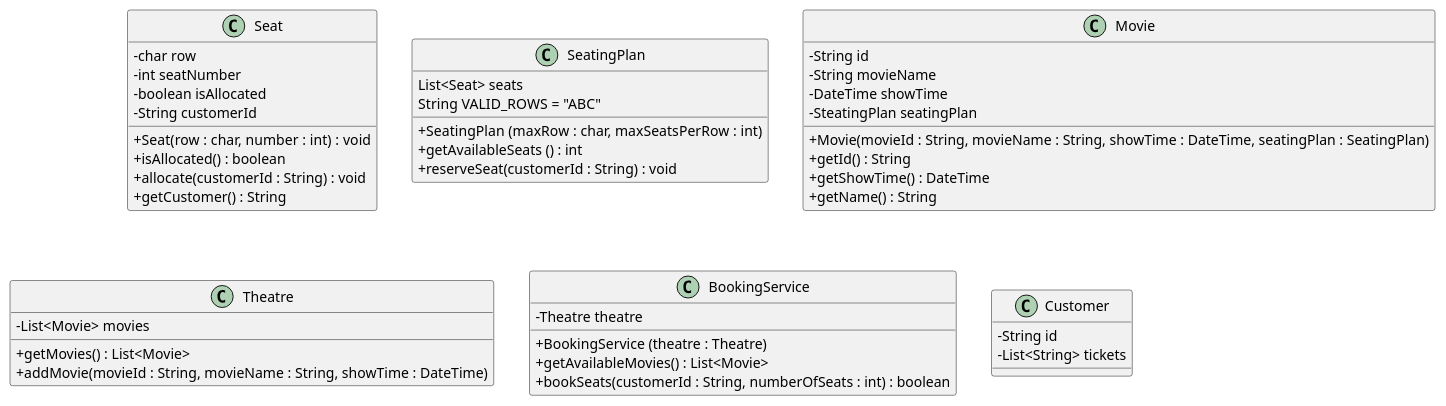
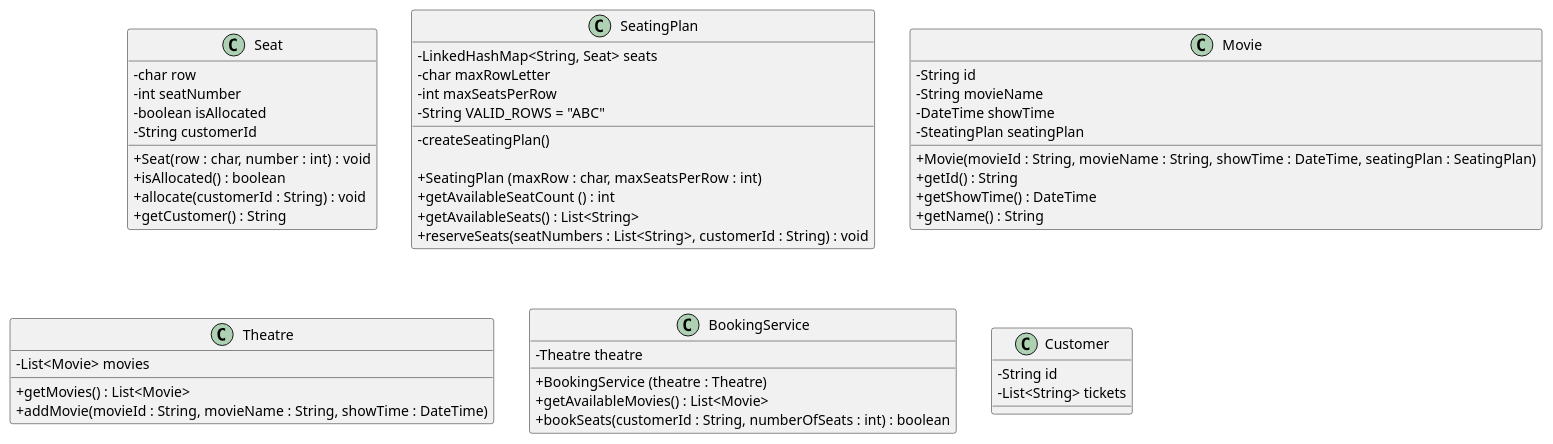
One commit to probert999/cinnamon-cinema changed the diagram in uml/CinnamonCinema.puml. Above: the diagram before and after it, drawn with PlantUML. The commit also changed 4 other files, not shown here.

Commit message:
Completing SeatingPlan class and tests

```diff
--- a/uml/CinnamonCinema.puml
+++ b/uml/CinnamonCinema.puml
@@ -1,58 +1,63 @@
 @startuml
 skinparam classAttributeIconSize 0
 
 class Seat {
     - char row
     - int seatNumber
     - boolean isAllocated
     - String customerId
 
     + Seat(row : char, number : int) : void
     + isAllocated() : boolean
     + allocate(customerId : String) : void
     + getCustomer() : String
 }
 
 class SeatingPlan {
-    List<Seat> seats
-    String VALID_ROWS = "ABC"
+    - LinkedHashMap<String, Seat> seats
+    - char maxRowLetter
+    - int maxSeatsPerRow
+    - String VALID_ROWS = "ABC"
+
+    - createSeatingPlan()
 
     + SeatingPlan (maxRow : char, maxSeatsPerRow : int)
-    + getAvailableSeats () : int
-    + reserveSeat(customerId : String) : void
+    + getAvailableSeatCount () : int
+    + getAvailableSeats() : List<String>
+    + reserveSeats(seatNumbers : List<String>, customerId : String) : void
 }
 
 class Movie {
     - String id
     - String movieName
     - DateTime showTime
     - SteatingPlan seatingPlan
 
     + Movie(movieId : String, movieName : String, showTime : DateTime, seatingPlan : SeatingPlan)
     + getId() : String
     + getShowTime() : DateTime
     + getName() : String
 }
 
 class Theatre {
     - List<Movie> movies
 
     + getMovies() : List<Movie>
     + addMovie(movieId : String, movieName : String, showTime : DateTime)
 }
 
 class BookingService {
     - Theatre theatre
 
     + BookingService (theatre : Theatre)
     + getAvailableMovies() : List<Movie>
     + bookSeats(customerId : String, numberOfSeats : int) : boolean
 }
 
 class Customer {
     - String id
     - List<String> tickets
 }
 
 
 @enduml
```
